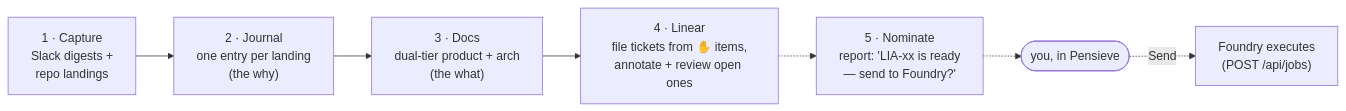
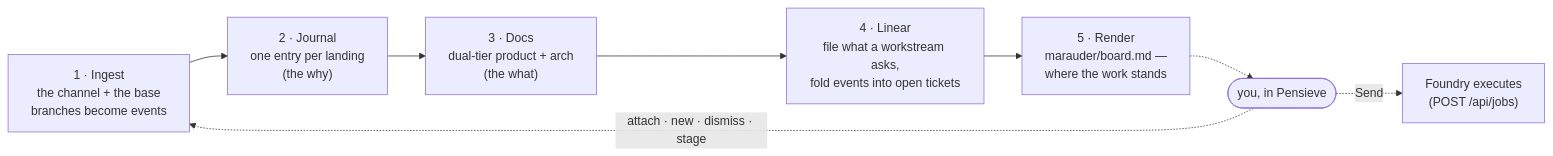
Before and after one commit to d0nwong/citadel: the first of 4 diagrams in apps/argus/README.md, drawn with Mermaid. The commit also changed other lines of this file and 13 other files, not shown here.

````diff
--- a/apps/argus/README.md
+++ b/apps/argus/README.md
@@ -38,15 +38,15 @@
 ```mermaid
 flowchart LR
-    capture["1 · Capture<br/>Slack digests +<br/>repo landings"]
+    ingest["1 · Ingest<br/>the channel + the base<br/>branches become events"]
     journal["2 · Journal<br/>one entry per landing<br/>(the why)"]
     docs["3 · Docs<br/>dual-tier product + arch<br/>(the what)"]
-    tickets["4 · Linear<br/>file tickets from ✋ items,<br/>annotate + review open ones"]
-    nominate["5 · Nominate<br/>report: 'LIA-xx is ready<br/>— send to Foundry?'"]
+    tickets["4 · Linear<br/>file what a workstream asks,<br/>fold events into open tickets"]
+    board["5 · Render<br/>marauder/board.md —<br/>where the work stands"]
     decide(["you, in Pensieve"])
     foundry["Foundry executes<br/>(POST /api/jobs)"]
 
-    capture --> journal --> docs --> tickets
-    tickets -.-> nominate
-    nominate -.-> decide
+    ingest --> journal --> docs --> tickets --> board
+    board -.-> decide
     decide -. "Send" .-> foundry
+    decide -. "attach · new · dismiss · stage" .-> ingest
 ```
````
